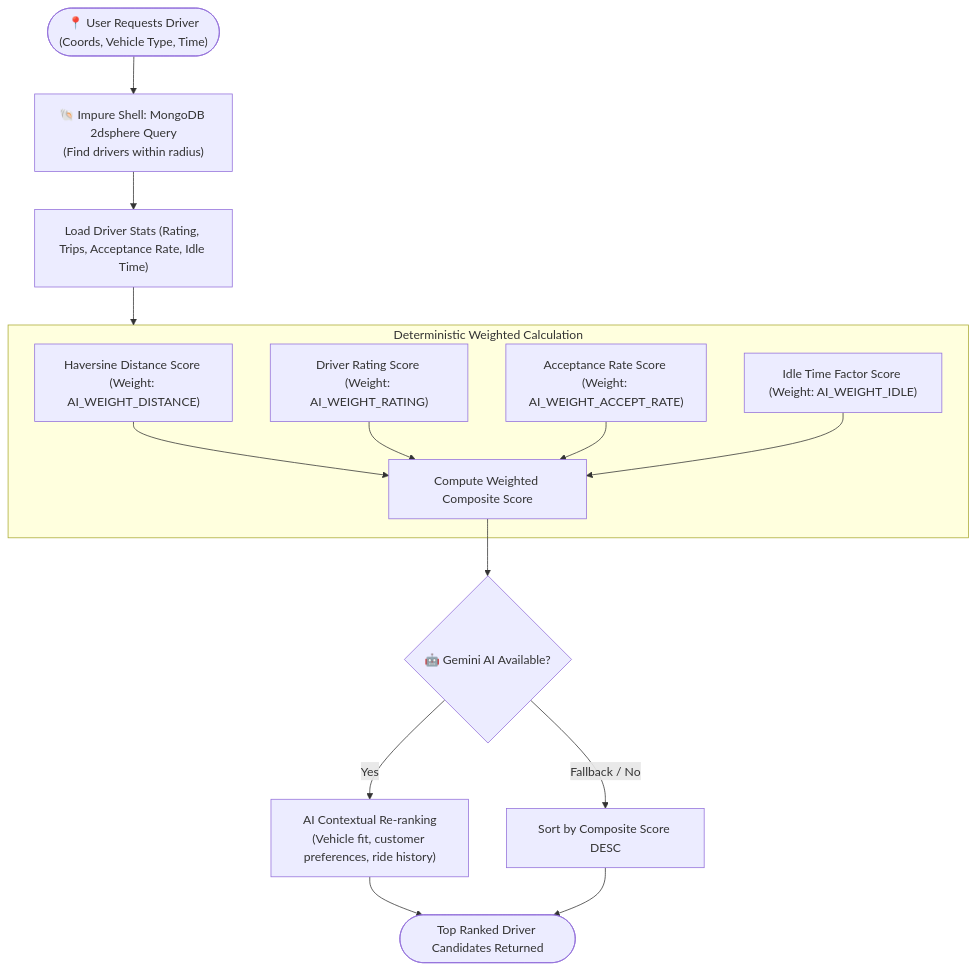
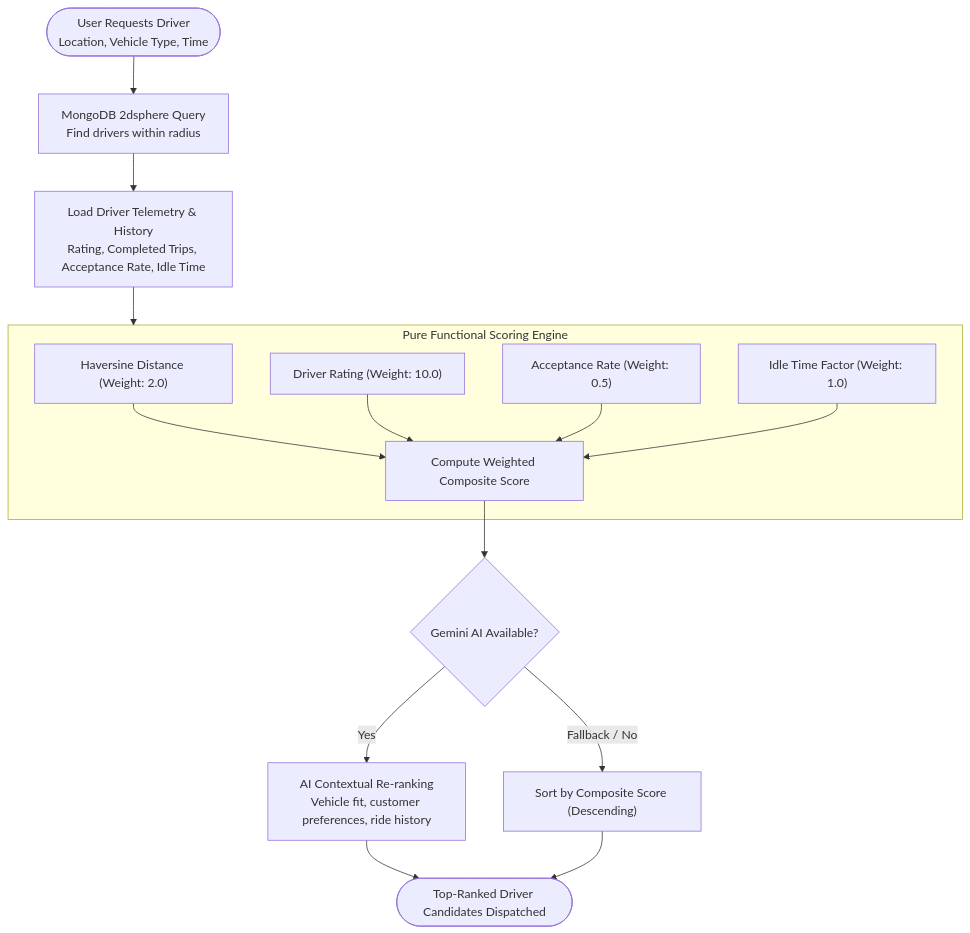
The third of 3 diagrams in readme.md (Susil-commits/MyMate), drawn with Mermaid before and after one commit. The commit also changed other lines of this file, not shown here.

Commit message:
docs: redesign README into an executive product & technical showcase and fix Mermaid diagram syntax

````diff
--- a/readme.md
+++ b/readme.md
@@ -98,22 +139,22 @@
 ```mermaid
 flowchart TD
-    Start(["📍 User Requests Driver\n(Coords, Vehicle Type, Time)"]) --> Query["🐚 Impure Shell: MongoDB 2dsphere Query\n(Find drivers within radius)"]
-    Query --> LoadData["Load Driver Stats (Rating, Trips, Acceptance Rate, Idle Time)"]
+    Start(["User Requests Driver<br/>Location, Vehicle Type, Time"]) --> Query["MongoDB 2dsphere Query<br/>Find drivers within radius"]
+    Query --> LoadData["Load Driver Telemetry & History<br/>Rating, Completed Trips, Acceptance Rate, Idle Time"]
     
-    LoadData --> ScoringEngine["🧠 Pure Functional Scoring Engine"]
+    LoadData --> ScoringEngine["Deterministic Weighted Calculation"]
     
-    subgraph ScoringEngine["Deterministic Weighted Calculation"]
-        S1["Haversine Distance Score (Weight: AI_WEIGHT_DISTANCE)"]
-        S2["Driver Rating Score (Weight: AI_WEIGHT_RATING)"]
-        S3["Acceptance Rate Score (Weight: AI_WEIGHT_ACCEPT_RATE)"]
-        S4["Idle Time Factor Score (Weight: AI_WEIGHT_IDLE)"]
+    subgraph ScoringEngine["Pure Functional Scoring Engine"]
+        S1["Haversine Distance (Weight: 2.0)"]
+        S2["Driver Rating (Weight: 10.0)"]
+        S3["Acceptance Rate (Weight: 0.5)"]
+        S4["Idle Time Factor (Weight: 1.0)"]
         S1 & S2 & S3 & S4 --> Composite["Compute Weighted Composite Score"]
     end
 
-    Composite --> AICheck{"🤖 Gemini AI Available?"}
-    AICheck -- Yes --> GeminiReRank["AI Contextual Re-ranking\n(Vehicle fit, customer preferences, ride history)"]
-    AICheck -- Fallback / No --> HeuristicRank["Sort by Composite Score DESC"]
+    Composite --> AICheck{"Gemini AI Available?"}
+    AICheck -- Yes --> GeminiReRank["AI Contextual Re-ranking<br/>Vehicle fit, customer preferences, ride history"]
+    AICheck -- Fallback / No --> HeuristicRank["Sort by Composite Score (Descending)"]
 
-    GeminiReRank --> Output(["Top Ranked Driver Candidates Returned"])
+    GeminiReRank --> Output(["Top-Ranked Driver Candidates Dispatched"])
     HeuristicRank --> Output
 ```
````
